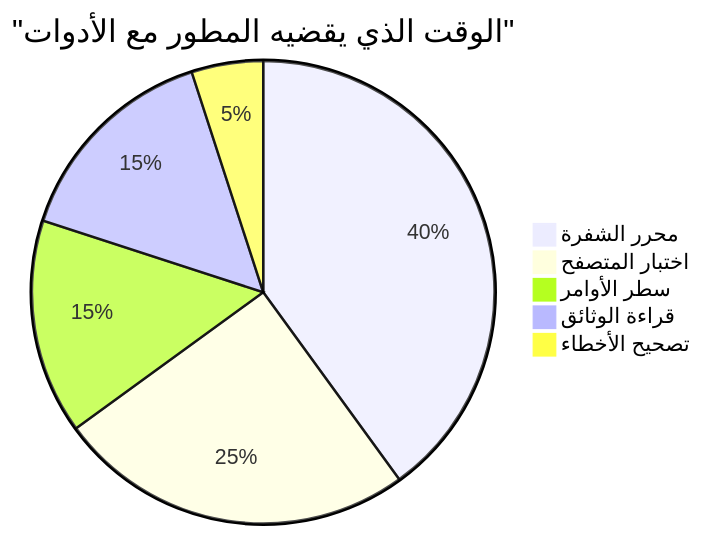
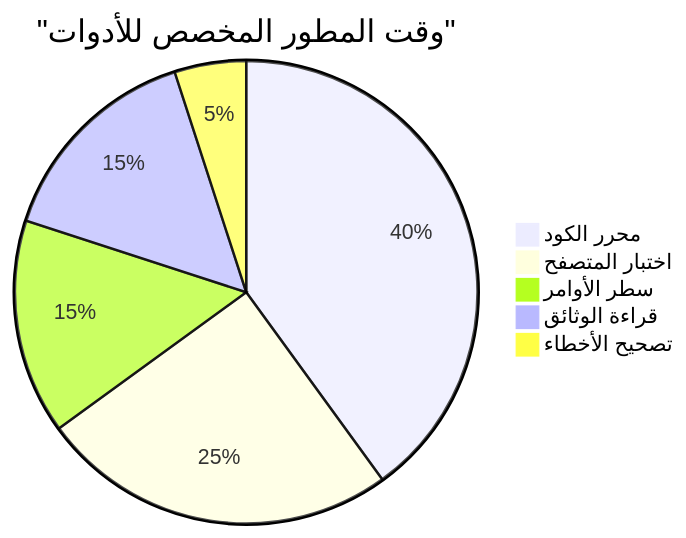
Before and after one commit to microsoft/Web-Dev-For-Beginners: the sixth of 7 diagrams in translations/ar/1-getting-started-lessons/1-intro-to-programming-languages/README.md, drawn with Mermaid. The commit also changed other lines of this file and 8 other files, not shown here.

````diff
--- a/translations/ar/1-getting-started-lessons/1-intro-to-programming-languages/README.md
+++ b/translations/ar/1-getting-started-lessons/1-intro-to-programming-languages/README.md
@@ -711,8 +710,8 @@
 ```mermaid
-pie title "الوقت الذي يقضيه المطور مع الأدوات"
-    "محرر الشفرة" : 40
+pie title "وقت المطور المخصص للأدوات"
+    "محرر الكود" : 40
     "اختبار المتصفح" : 25
     "سطر الأوامر" : 15
     "قراءة الوثائق" : 15
     "تصحيح الأخطاء" : 5
 ```
````
